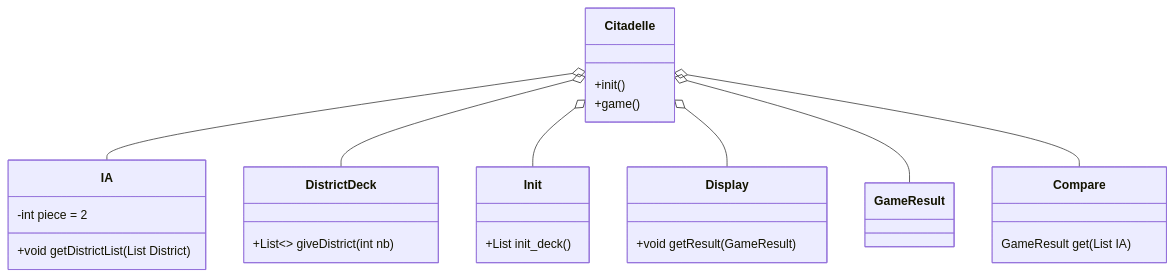
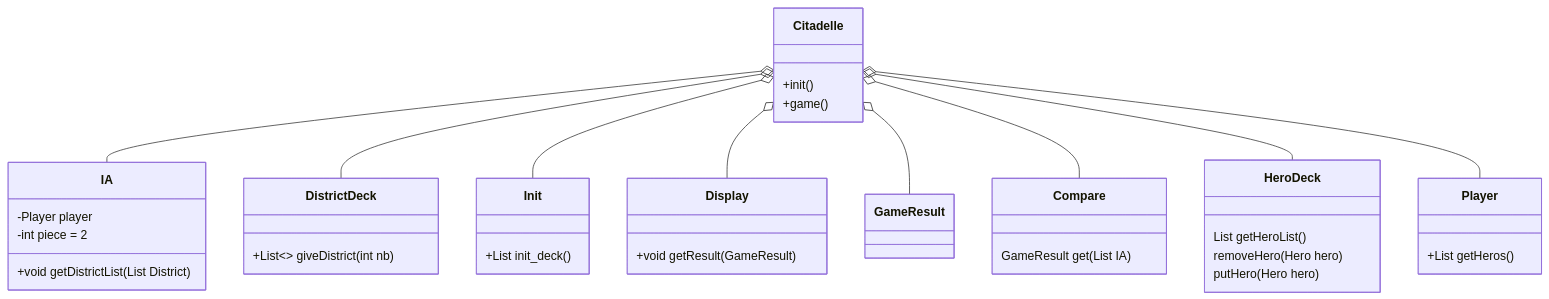
Before and after one commit to ImeneYAHIAOUI/Citadelles: the diagram in diagram/global_software.md, drawn with Mermaid. The commit also changed 3 other files, not shown here.

Commit message:
[MSC] Update class diagram #1

````diff
--- a/diagram/global_software.md
+++ b/diagram/global_software.md
@@ -1,41 +1,54 @@
 ```mermaid
 
 classDiagram
     Citadelle o-- IA
     Citadelle o-- DistrictDeck
     Citadelle o-- Init
     Citadelle o-- Display
     Citadelle o-- GameResult
     Citadelle o-- Compare
+    Citadelle o-- HeroDeck
+    Citadelle o-- Player
             
     class Citadelle{
         +init()
         +game()
     }
 
+    class Player{
+        +List<Hero> getHeros()
+    }
+
     class IA{
+      -Player player
       -int piece = 2
       +void getDistrictList(List District)
     }
 
     class DistrictDeck{
       +List<> giveDistrict(int nb)
     }
 
     class Init{
         +List<District> init_deck()
     }
 
     class Display{
       +void getResult(GameResult)
     }
 
     class GameResult{
 
     }
 
     class Compare{
         GameResult get(List IA)
     }
 
+    class HeroDeck{
+        List<Hero> getHeroList()
+        removeHero(Hero hero)
+        putHero(Hero hero)
+    }       
+
 ```
````
